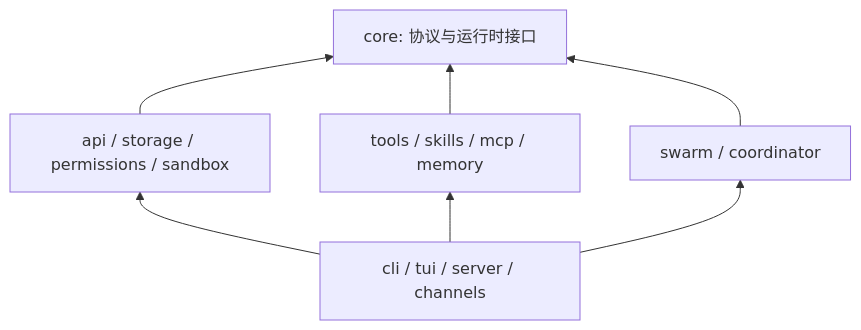
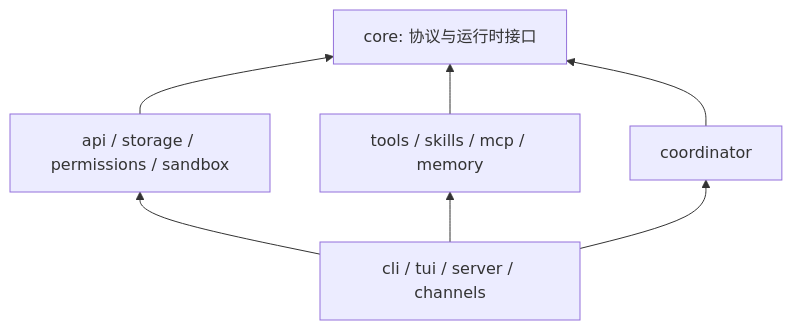
Before and after one commit to rzx007/openharness-ts: the seventh of 7 diagrams in docs/agent-application-architecture.md, drawn with Mermaid. The commit also changed other lines of this file and 8 other files, not shown here.

````diff
--- a/docs/agent-application-architecture.md
+++ b/docs/agent-application-architecture.md
@@ -843,10 +852,10 @@
 ```mermaid
 flowchart BT
   Core["core: 协议与运行时接口"]
   Infra["api / storage / permissions / sandbox"] --> Core
   Cap["tools / skills / mcp / memory"] --> Core
-  Swarm["swarm / coordinator"] --> Core
+  Coord["coordinator"] --> Core
   Apps["cli / tui / server / channels"] --> Infra
   Apps --> Cap
-  Apps --> Swarm
+  Apps --> Coord
 ```
````
